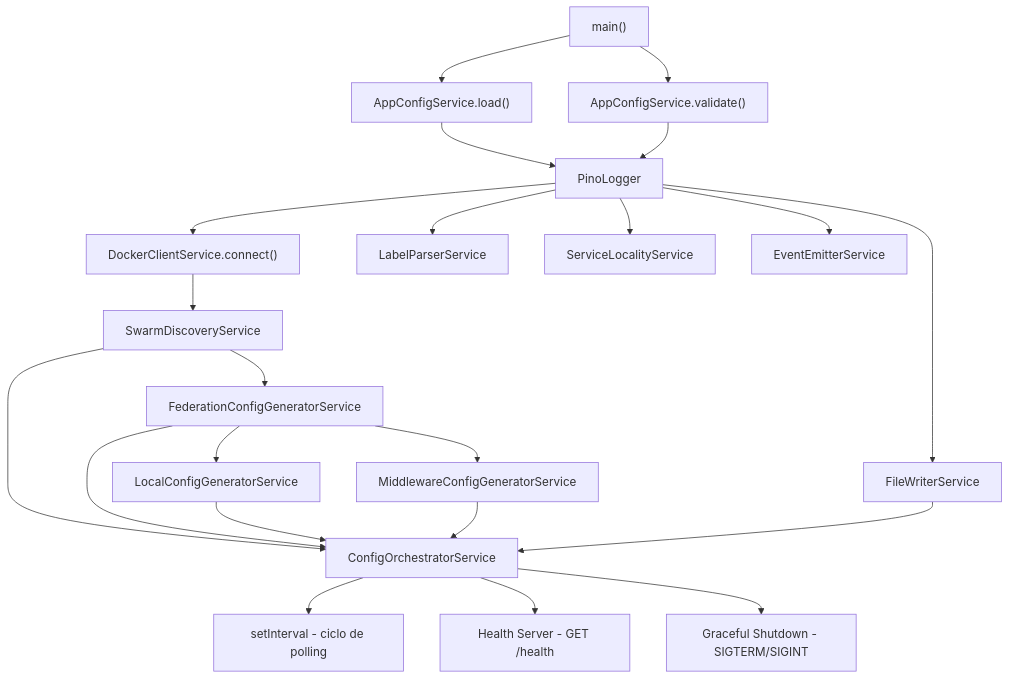
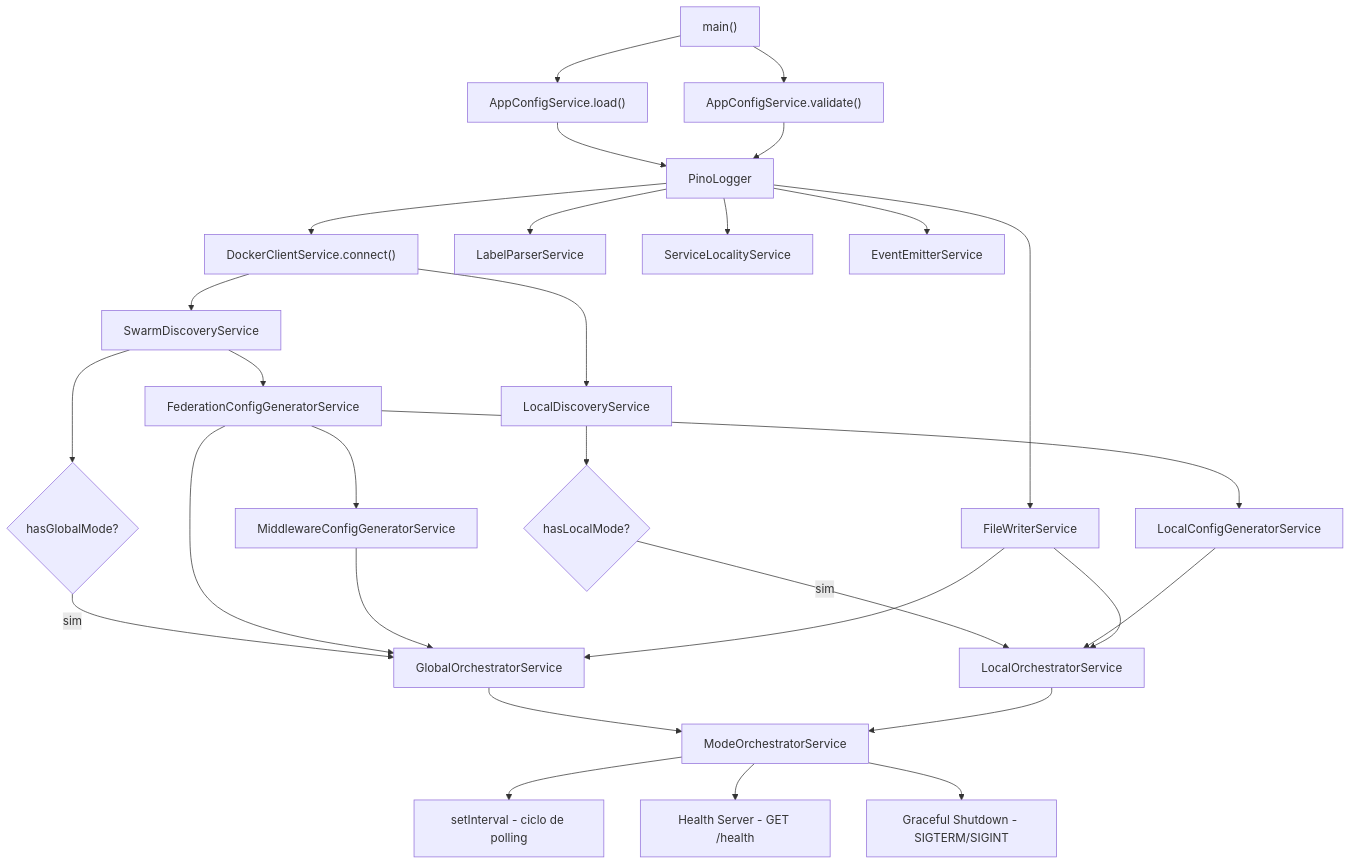
The first of 2 diagrams in ARCHITECTURE.md (Chamoouske/sidecar-traefik-config-generator), drawn with Mermaid before and after one commit. The commit also changed other lines of this file and 36 other files, not shown here.

Commit message:
feat: criacao de GENERATION_MODES para aplicar a geracao de forma local|global|all(ambos)

````diff
--- a/ARCHITECTURE.md
+++ b/ARCHITECTURE.md
@@ -434,24 +449,37 @@
 ```mermaid
 flowchart TD
     A["main()"] --> B["AppConfigService.load()"]
     A --> C["AppConfigService.validate()"]
     B --> D["PinoLogger"]
     C --> D
     D --> E["DockerClientService.connect()"]
     D --> F["LabelParserService"]
     D --> G["FileWriterService"]
     D --> H["ServiceLocalityService"]
     D --> I["EventEmitterService"]
     E --> J["SwarmDiscoveryService"]
+    E --> J2["LocalDiscoveryService"]
     J --> K["FederationConfigGeneratorService"]
     K --> L["LocalConfigGeneratorService"]
     K --> M["MiddlewareConfigGeneratorService"]
-    J --> N["ConfigOrchestratorService"]
-    K --> N
-    L --> N
-    M --> N
-    G --> N
-    N --> O["setInterval - ciclo de polling"]
-    N --> P["Health Server - GET /health"]
-    N --> Q["Graceful Shutdown - SIGTERM/SIGINT"]
+
+    J --> R{"hasGlobalMode?"}
+    J2 --> S{"hasLocalMode?"}
+
+    R -->|sim| T["GlobalOrchestratorService"]
+    S -->|sim| U["LocalOrchestratorService"]
+
+    T --> V["ModeOrchestratorService"]
+    U --> V
+
+    K --> T
+    M --> T
+    G --> T
+
+    L --> U
+    G --> U
+
+    V --> W["setInterval - ciclo de polling"]
+    V --> X["Health Server - GET /health"]
+    V --> Y["Graceful Shutdown - SIGTERM/SIGINT"]
 ```
````
